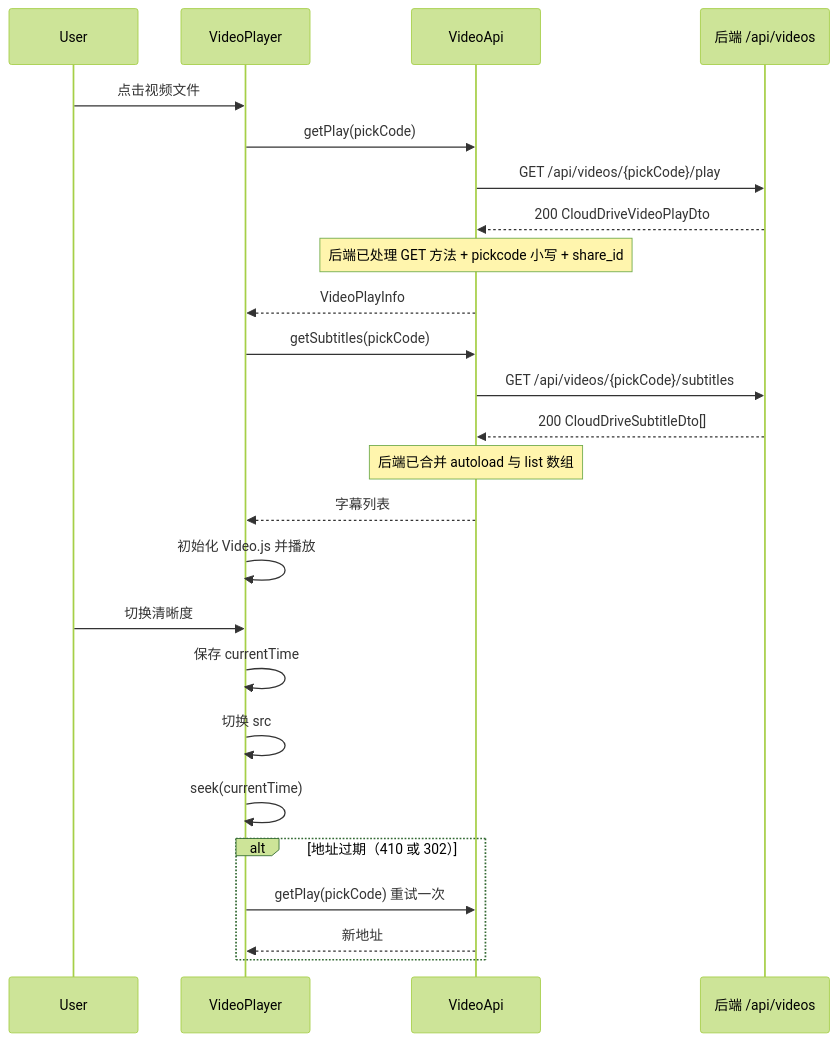
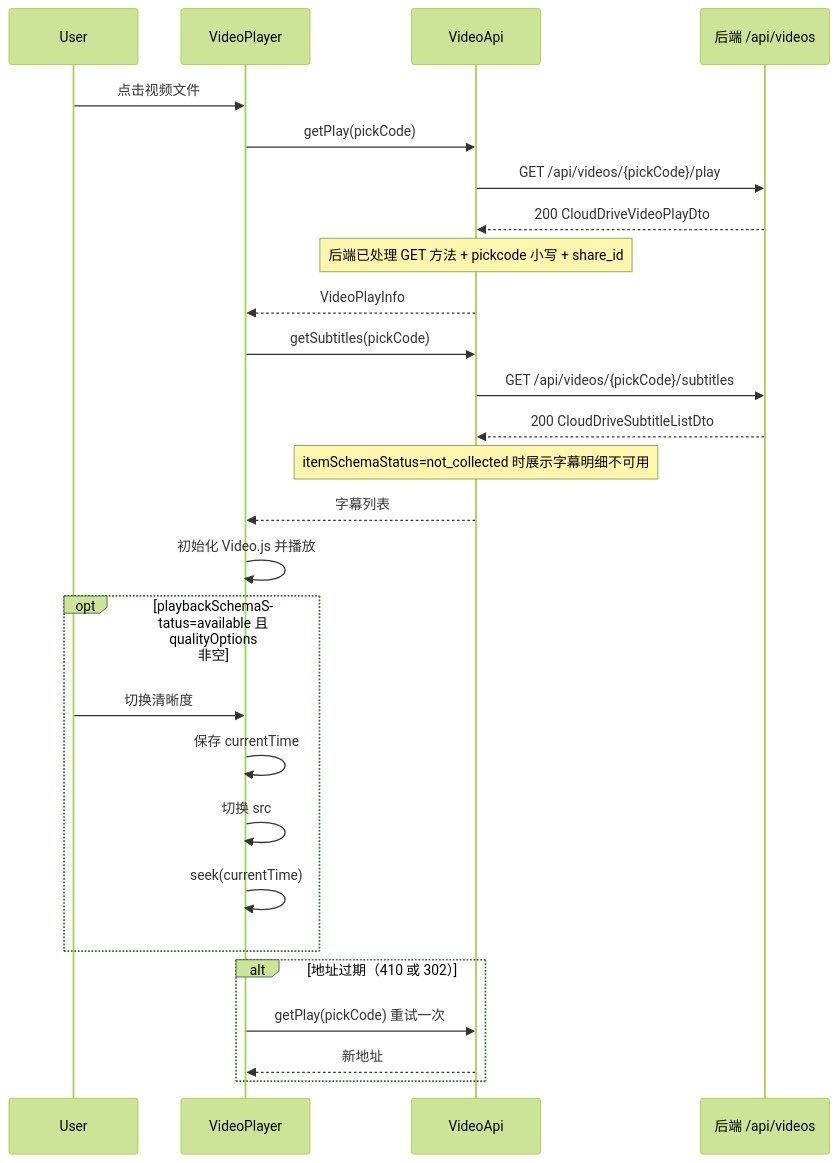
The fourth of 8 diagrams in .kiro/specs/115-cloud-drive-frontend/design.md (sun-1221/CloudDrive_115), drawn with Mermaid (forest theme) before and after one commit. The commit also changed other lines of this file and 5 other files, not shown here.

````diff
--- a/.kiro/specs/115-cloud-drive-frontend/design.md
+++ b/.kiro/specs/115-cloud-drive-frontend/design.md
@@ -667,31 +672,33 @@
 ```mermaid
 sequenceDiagram
     participant User
     participant VideoPlayer
     participant VideoApi
     participant Backend as 后端 /api/videos
 
     User->>VideoPlayer: 点击视频文件
     VideoPlayer->>VideoApi: getPlay(pickCode)
     VideoApi->>Backend: GET /api/videos/{pickCode}/play
     Backend-->>VideoApi: 200 CloudDriveVideoPlayDto
     Note over VideoApi: 后端已处理 GET 方法 + pickcode 小写 + share_id
     VideoApi-->>VideoPlayer: VideoPlayInfo
 
     VideoPlayer->>VideoApi: getSubtitles(pickCode)
     VideoApi->>Backend: GET /api/videos/{pickCode}/subtitles
-    Backend-->>VideoApi: 200 CloudDriveSubtitleDto[]
-    Note over VideoApi: 后端已合并 autoload 与 list 数组
+    Backend-->>VideoApi: 200 CloudDriveSubtitleListDto
+    Note over VideoApi: itemSchemaStatus=not_collected 时展示字幕明细不可用
     VideoApi-->>VideoPlayer: 字幕列表
     VideoPlayer->>VideoPlayer: 初始化 Video.js 并播放
 
-    User->>VideoPlayer: 切换清晰度
-    VideoPlayer->>VideoPlayer: 保存 currentTime
-    VideoPlayer->>VideoPlayer: 切换 src
-    VideoPlayer->>VideoPlayer: seek(currentTime)
+    opt playbackSchemaStatus=available 且 qualityOptions 非空
+        User->>VideoPlayer: 切换清晰度
+        VideoPlayer->>VideoPlayer: 保存 currentTime
+        VideoPlayer->>VideoPlayer: 切换 src
+        VideoPlayer->>VideoPlayer: seek(currentTime)
+    end
 
     alt 地址过期（410 或 302）
         VideoPlayer->>VideoApi: getPlay(pickCode) 重试一次
         VideoApi-->>VideoPlayer: 新地址
     end
 ```
````
